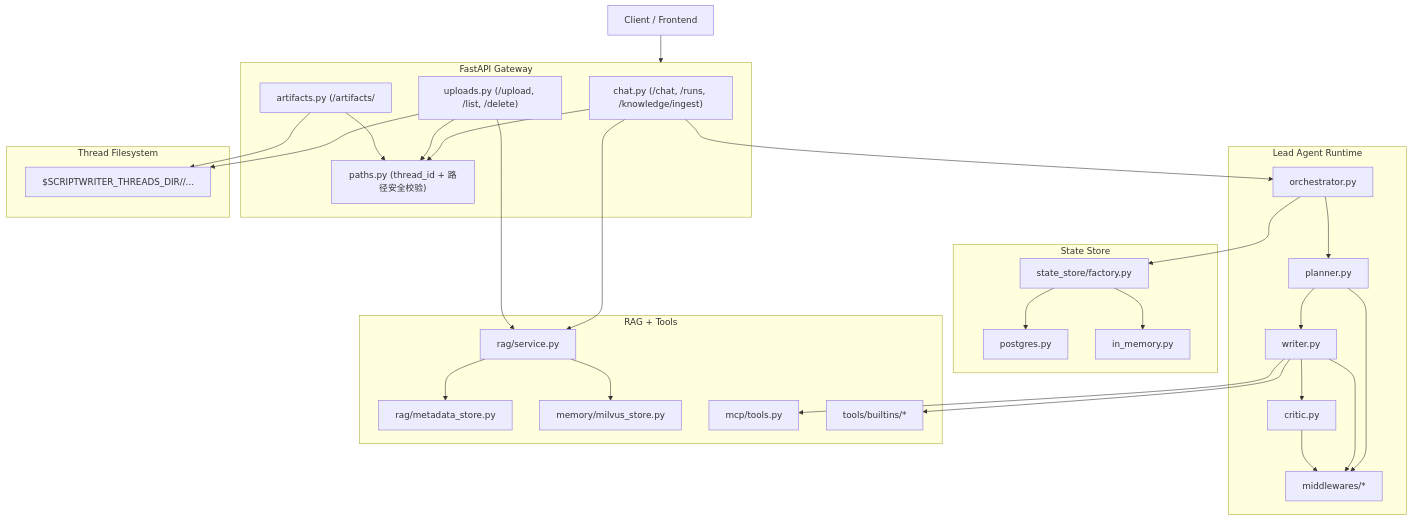
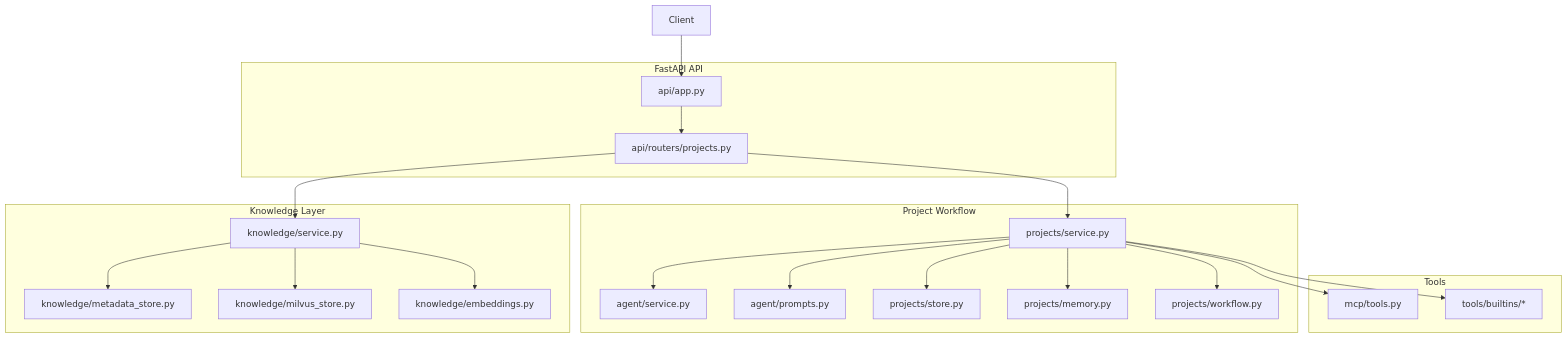
Before and after one commit to isWangjianhua/ScriptWriter: the first of 3 diagrams in docs/zh/architecture.md, drawn with Mermaid. The commit also changed other lines of this file and 13 other files, not shown here.

Commit message:
docs: Update documentation to reflect the new project-centric architecture and workflow.

````diff
--- a/docs/zh/architecture.md
+++ b/docs/zh/architecture.md
@@ -12,62 +13,44 @@
 ```mermaid
 flowchart TB
-    Client[Client / Frontend]
+    Client[Client]
 
-    subgraph API[FastAPI Gateway]
-      ChatRouter["chat.py (/chat, /runs, /knowledge/ingest)"]
-      UploadRouter["uploads.py (/upload, /list, /delete)"]
-      ArtifactRouter["artifacts.py (/artifacts/<path>)"]
-      PathGuard["paths.py (thread_id + 路径安全校验)"]
+    subgraph API[FastAPI API]
+      App["api/app.py"]
+      Router["api/routers/projects.py"]
     end
 
-    subgraph Agent[Lead Agent Runtime]
-      Orchestrator["orchestrator.py"]
-      Planner["planner.py"]
-      Writer["writer.py"]
-      Critic["critic.py"]
-      Mid["middlewares/*"]
+    subgraph Workflow[Project Workflow]
+      Service["projects/service.py"]
+      Planner["agent/service.py"]
+      Prompts["agent/prompts.py"]
+      Store["projects/store.py"]
+      Memory["projects/memory.py"]
+      Model["projects/workflow.py"]
     end
 
-    subgraph Store[State Store]
-      Factory["state_store/factory.py"]
-      PG["postgres.py"]
-      MEM["in_memory.py"]
+    subgraph Knowledge[Knowledge Layer]
+      KService["knowledge/service.py"]
+      Meta["knowledge/metadata_store.py"]
+      Milvus["knowledge/milvus_store.py"]
+      Emb["knowledge/embeddings.py"]
     end
 
-    subgraph Knowledge[RAG + Tools]
-      RAG["rag/service.py"]
-      Meta["rag/metadata_store.py"]
-      Milvus["memory/milvus_store.py"]
+    subgraph Tools[Tools]
       MCP["mcp/tools.py"]
       Builtins["tools/builtins/*"]
     end
 
-    subgraph Files[Thread Filesystem]
-      Threads["$SCRIPTWRITER_THREADS_DIR/<thread_id>/..."]
-    end
-
-    Client --> API
-    ChatRouter --> PathGuard
-    UploadRouter --> PathGuard
-    ArtifactRouter --> PathGuard
-
-    ChatRouter --> Orchestrator
-    Orchestrator --> Planner --> Writer --> Critic
-    Planner --> Mid
-    Writer --> Mid
-    Critic --> Mid
-
-    Orchestrator --> Factory
-    Factory --> PG
-    Factory --> MEM
-
-    ChatRouter --> RAG
-    UploadRouter --> RAG
-    RAG --> Meta
-    RAG --> Milvus
-    Writer --> MCP
-    Writer --> Builtins
-
-    UploadRouter --> Threads
-    ArtifactRouter --> Threads
+    Client --> App --> Router
+    Router --> Service
+    Service --> Planner
+    Service --> Prompts
+    Service --> Store
+    Service --> Memory
+    Service --> Model
+    Router --> KService
+    KService --> Meta
+    KService --> Milvus
+    KService --> Emb
+    Service --> MCP
+    Service --> Builtins
 ```
````
